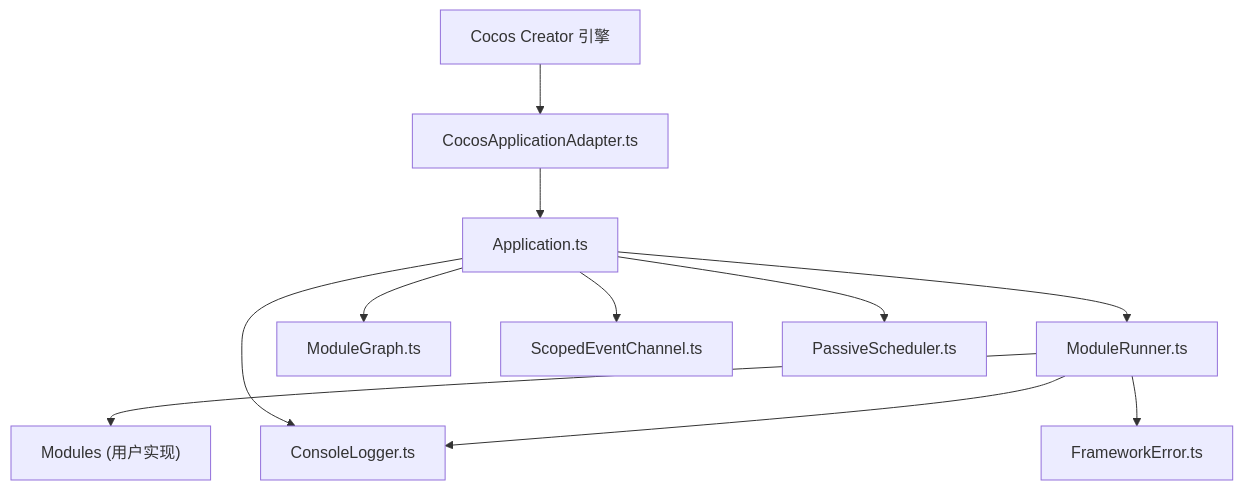
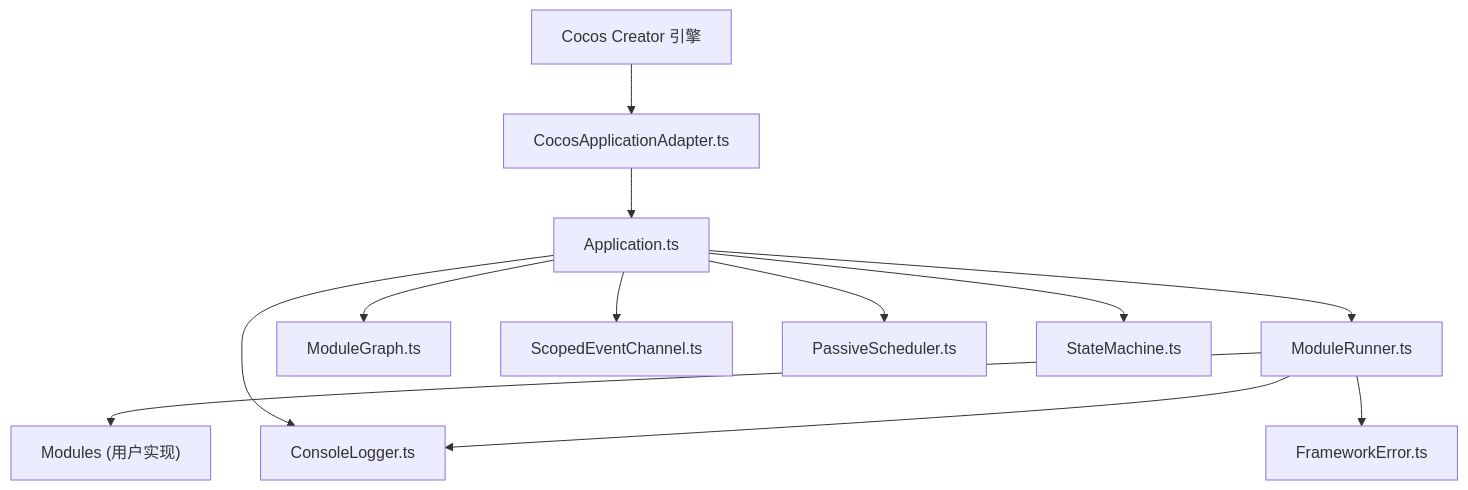
One commit to leviseek/ai-game-kit changed the second of 10 diagrams in .qoder/repowiki/zh/content/框架架构/框架架构.md. Above: the diagram before and after it, drawn with Mermaid. The commit also changed other lines of this file and 3 other files, not shown here.

````diff
--- a/.qoder/repowiki/zh/content/框架架构/框架架构.md
+++ b/.qoder/repowiki/zh/content/框架架构/框架架构.md
@@ -136,23 +149,25 @@
 ```mermaid
 graph TB
 Engine["Cocos Creator 引擎"]
 Adapter["CocosApplicationAdapter.ts"]
 App["Application.ts"]
 Runner["ModuleRunner.ts"]
 Graph["ModuleGraph.ts"]
 Modules["Modules (用户实现)"]
 Logger["ConsoleLogger.ts"]
 Events["ScopedEventChannel.ts"]
 Scheduler["PassiveScheduler.ts"]
+FSM["StateMachine.ts"]
 Errors["FrameworkError.ts"]
 Engine --> Adapter
 Adapter --> App
 App --> Runner
 App --> Graph
 Runner --> Modules
 App --> Logger
 Runner --> Logger
 App --> Events
 Runner --> Errors
 App --> Scheduler
+App --> FSM
 ```
````
